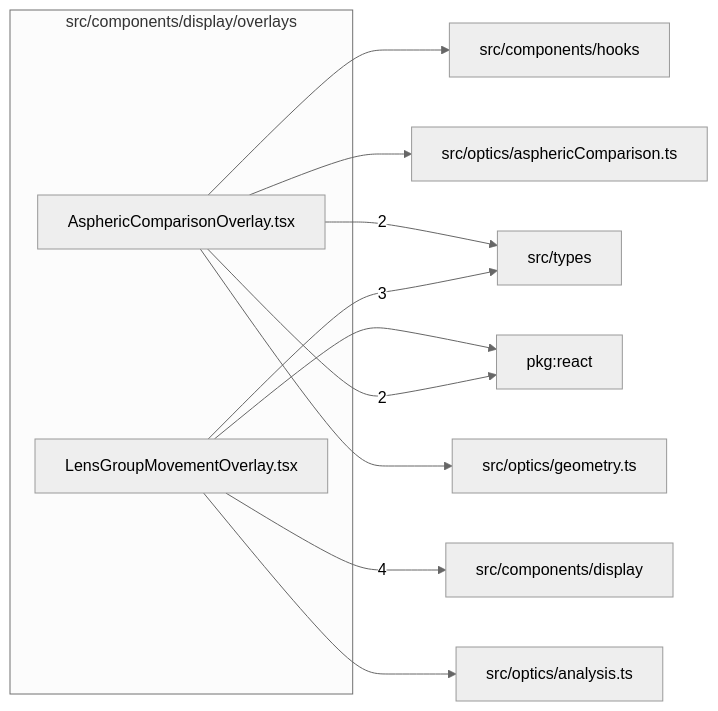
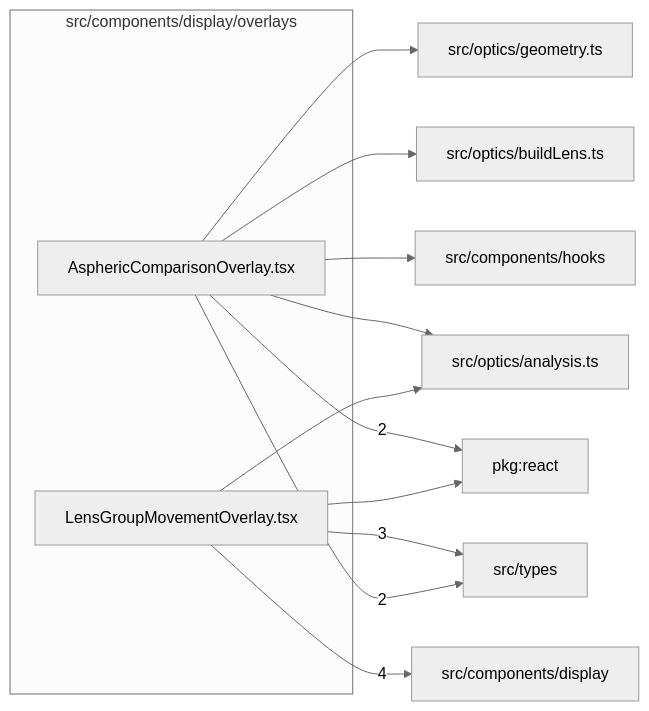
Before and after one commit to ronbuening/LensVisualizer: the diagram in src/components/display/overlays/readme.md, drawn with Mermaid (neutral theme). The commit also changed other lines of this file and 21 other files, not shown here.

Commit message:
S7.P2.T10 Aspheric comparison: one family on AnalysisRequest

````diff
--- a/src/components/display/overlays/readme.md
+++ b/src/components/display/overlays/readme.md
@@ -9,23 +9,24 @@
 ```mermaid
 flowchart LR
   subgraph n_src_components_display_overlays["src/components/display/overlays"]
     n_src_components_display_overlays_src_components_display_overlays_AsphericComparisonOverlay_tsx["AsphericComparisonOverlay.tsx"]
     n_src_components_display_overlays_src_components_display_overlays_LensGroupMovementOverlay_tsx["LensGroupMovementOverlay.tsx"]
   end
   n_external_src_components_display["src/components/display"]
   n_external_src_types["src/types"]
   n_external_pkg_react["pkg:react"]
   n_external_src_components_hooks["src/components/hooks"]
   n_external_src_optics_analysis_ts["src/optics/analysis.ts"]
-  n_external_src_optics_asphericComparison_ts["src/optics/asphericComparison.ts"]
+  n_external_src_optics_buildLens_ts["src/optics/buildLens.ts"]
   n_external_src_optics_geometry_ts["src/optics/geometry.ts"]
   n_src_components_display_overlays_src_components_display_overlays_LensGroupMovementOverlay_tsx --> |4| n_external_src_components_display
   n_src_components_display_overlays_src_components_display_overlays_LensGroupMovementOverlay_tsx --> |3| n_external_src_types
   n_src_components_display_overlays_src_components_display_overlays_AsphericComparisonOverlay_tsx --> |2| n_external_pkg_react
   n_src_components_display_overlays_src_components_display_overlays_AsphericComparisonOverlay_tsx --> |2| n_external_src_types
   n_src_components_display_overlays_src_components_display_overlays_LensGroupMovementOverlay_tsx --> n_external_pkg_react
   n_src_components_display_overlays_src_components_display_overlays_AsphericComparisonOverlay_tsx --> n_external_src_components_hooks
+  n_src_components_display_overlays_src_components_display_overlays_AsphericComparisonOverlay_tsx --> n_external_src_optics_analysis_ts
   n_src_components_display_overlays_src_components_display_overlays_LensGroupMovementOverlay_tsx --> n_external_src_optics_analysis_ts
-  n_src_components_display_overlays_src_components_display_overlays_AsphericComparisonOverlay_tsx --> n_external_src_optics_asphericComparison_ts
+  n_src_components_display_overlays_src_components_display_overlays_AsphericComparisonOverlay_tsx --> n_external_src_optics_buildLens_ts
   n_src_components_display_overlays_src_components_display_overlays_AsphericComparisonOverlay_tsx --> n_external_src_optics_geometry_ts
 ```
````
